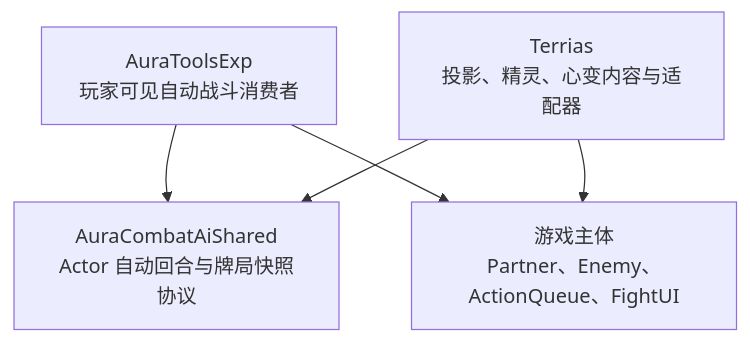
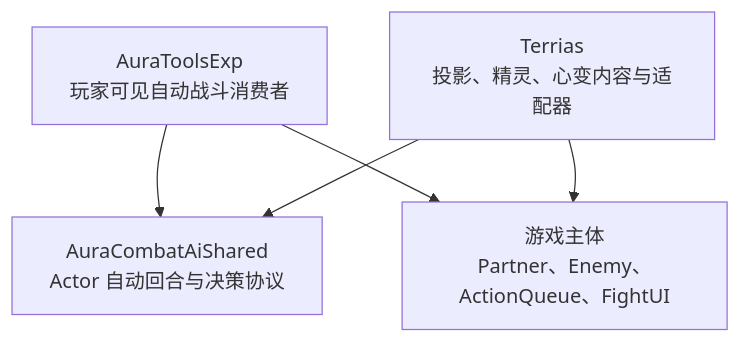
The second of 3 diagrams in docs/Terrias/modules/11-投影精灵与心变的Partner战斗流程.md (AuraKaliya/apocalyptic-journey-mod-SunExp), drawn with Mermaid before and after one commit. The commit also changed other lines of this file and 63 other files, not shown here.

````diff
--- a/docs/Terrias/modules/11-投影精灵与心变的Partner战斗流程.md
+++ b/docs/Terrias/modules/11-投影精灵与心变的Partner战斗流程.md
@@ -62,12 +62,12 @@
 ```mermaid
 flowchart TB
-    Shared["AuraCombatAiShared<br/>Actor 自动回合与牌局快照协议"]
+    Shared["AuraCombatAiShared<br/>Actor 自动回合与决策协议"]
     Tools["AuraToolsExp<br/>玩家可见自动战斗消费者"]
     Terrias["Terrias<br/>投影、精灵、心变内容与适配器"]
     Host["游戏主体<br/>Partner、Enemy、ActionQueue、FightUI"]
 
     Tools --> Shared
     Terrias --> Shared
     Tools --> Host
     Terrias --> Host
 ```
````
